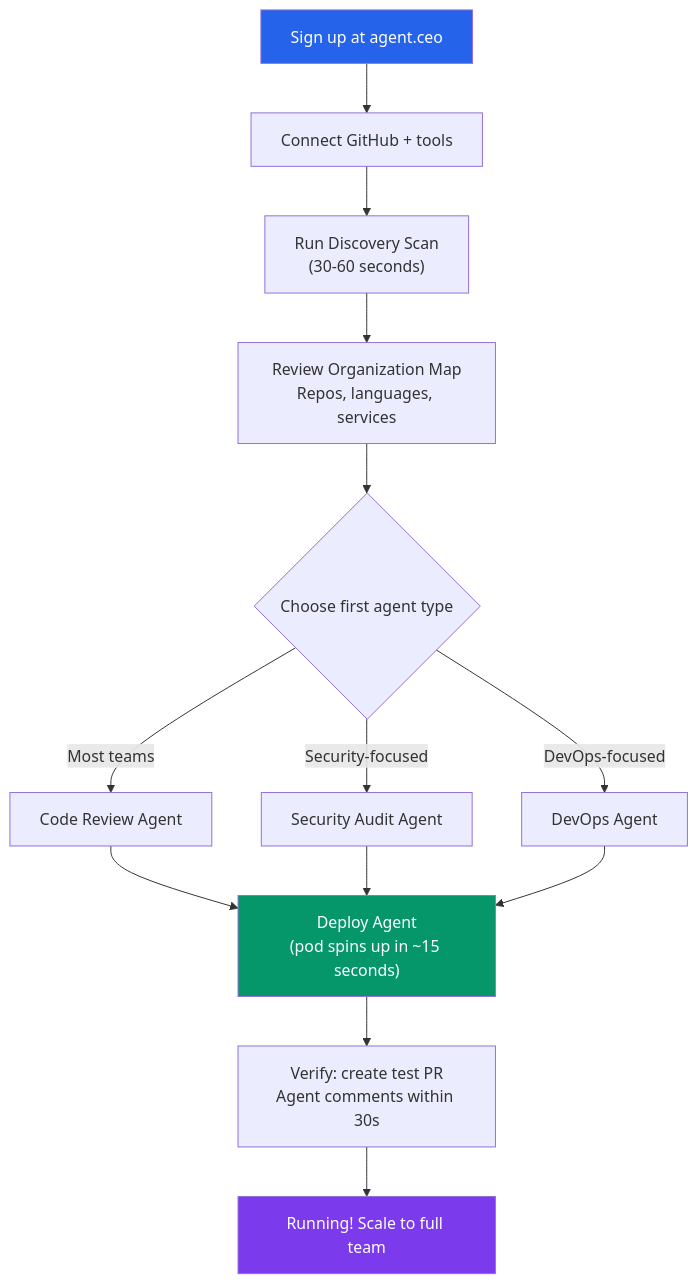
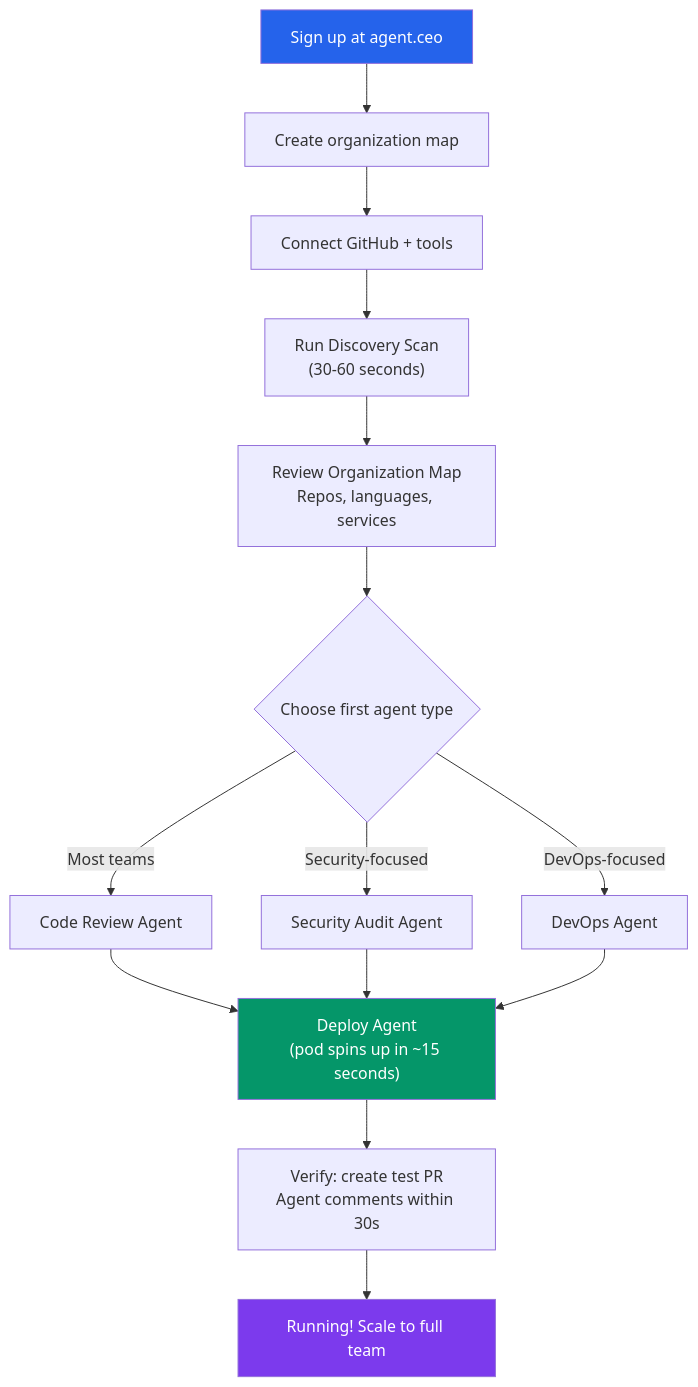
One commit to GenBrainAI/marketing.blog changed the diagram in posts/technical/getting-started-agent-ceo.md. Above: the diagram before and after it, drawn with Mermaid. The commit also changed other lines of this file and 11 other files, not shown here.

````diff
--- a/posts/technical/getting-started-agent-ceo.md
+++ b/posts/technical/getting-started-agent-ceo.md
@@ -21,19 +21,20 @@
 ```mermaid
 flowchart TD
-    START["Sign up at agent.ceo"] --> CONNECT["Connect GitHub + tools"]
+    START["Sign up at agent.ceo"] --> MAP0["Create organization map"]
+    MAP0 --> CONNECT["Connect GitHub + tools"]
     CONNECT --> SCAN["Run Discovery Scan<br/>(30-60 seconds)"]
     SCAN --> MAP["Review Organization Map<br/>Repos, languages, services"]
     MAP --> CHOOSE{"Choose first agent type"}
     CHOOSE -->|"Most teams"| CR["Code Review Agent"]
     CHOOSE -->|"Security-focused"| SEC["Security Audit Agent"]
     CHOOSE -->|"DevOps-focused"| DEV["DevOps Agent"]
     CR --> DEPLOY["Deploy Agent<br/>(pod spins up in ~15 seconds)"]
     SEC --> DEPLOY
     DEV --> DEPLOY
     DEPLOY --> VERIFY["Verify: create test PR<br/>Agent comments within 30s"]
     VERIFY --> DONE["Running! Scale to full team"]
 
     style START fill:#2563eb,color:#fff
     style DEPLOY fill:#059669,color:#fff
     style DONE fill:#7c3aed,color:#fff
 ```
````
